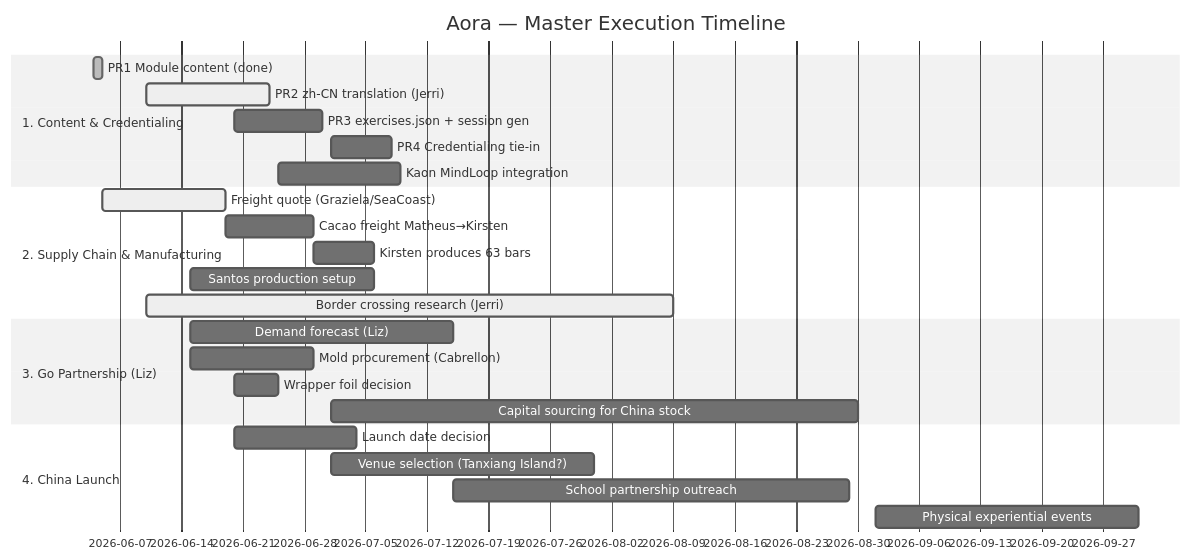
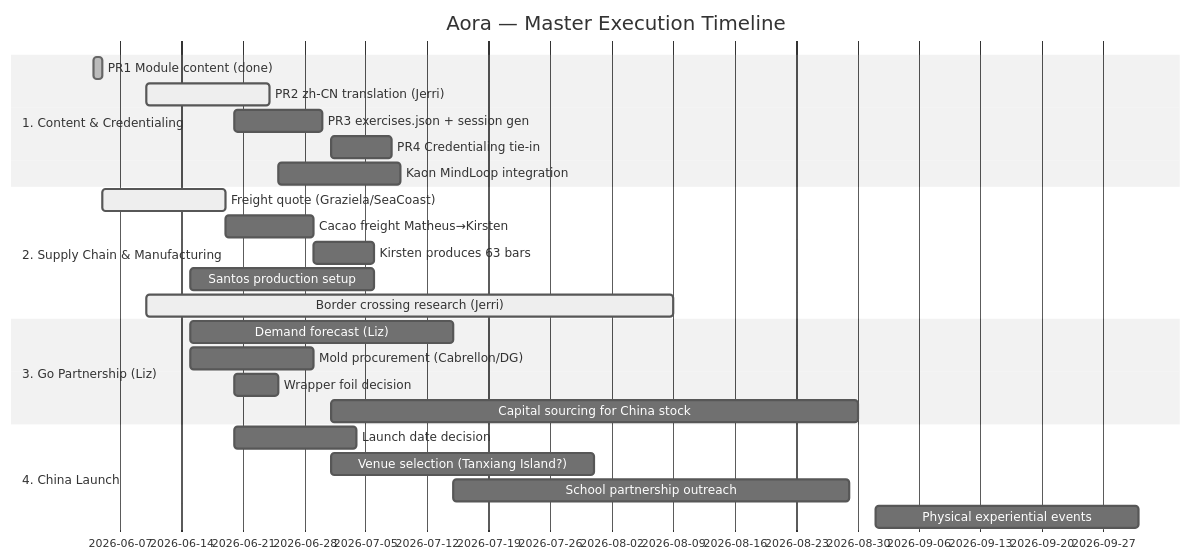
The diagram in AORA_EXPERIENCE_PLAN.md (TrueSightDAO/agentic_ai_context), drawn with Mermaid (neutral theme) before and after one commit. The commit also changed other lines of this file, not shown here.

````diff
--- a/AORA_EXPERIENCE_PLAN.md
+++ b/AORA_EXPERIENCE_PLAN.md
@@ -23,31 +28,31 @@
 ```mermaid
 gantt
     title Aora — Master Execution Timeline
     dateFormat  YYYY-MM-DD
     
     section 1. Content & Credentialing
     PR1 Module content (done)           :done, 2026-06-04, 1d
     PR2 zh-CN translation (Jerri)       :active, 2026-06-10, 14d
     PR3 exercises.json + session gen    :2026-06-20, 10d
     PR4 Credentialing tie-in            :2026-07-01, 7d
     Kaon MindLoop integration           :2026-06-25, 14d
     
     section 2. Supply Chain & Manufacturing
     Freight quote (Graziela/SeaCoast)   :active, 2026-06-05, 14d
     Cacao freight Matheus→Kirsten       :2026-06-19, 10d
     Kirsten produces 63 bars            :2026-06-29, 7d
     Santos production setup             :2026-06-15, 21d
     Border crossing research (Jerri)    :active, 2026-06-10, 60d
     
     section 3. Go Partnership (Liz)
     Demand forecast (Liz)               :2026-06-15, 30d
-    Mold procurement (Cabrellon)        :2026-06-15, 14d
+    Mold procurement (Cabrellon/DG)     :2026-06-15, 14d
     Wrapper foil decision               :2026-06-20, 5d
     Capital sourcing for China stock    :2026-07-01, 60d
     
     section 4. China Launch
     Launch date decision                :2026-06-20, 14d
     Venue selection (Tanxiang Island?)  :2026-07-01, 30d
     School partnership outreach         :2026-07-15, 45d
     Physical experiential events        :2026-09-01, 30d
 ```
````
